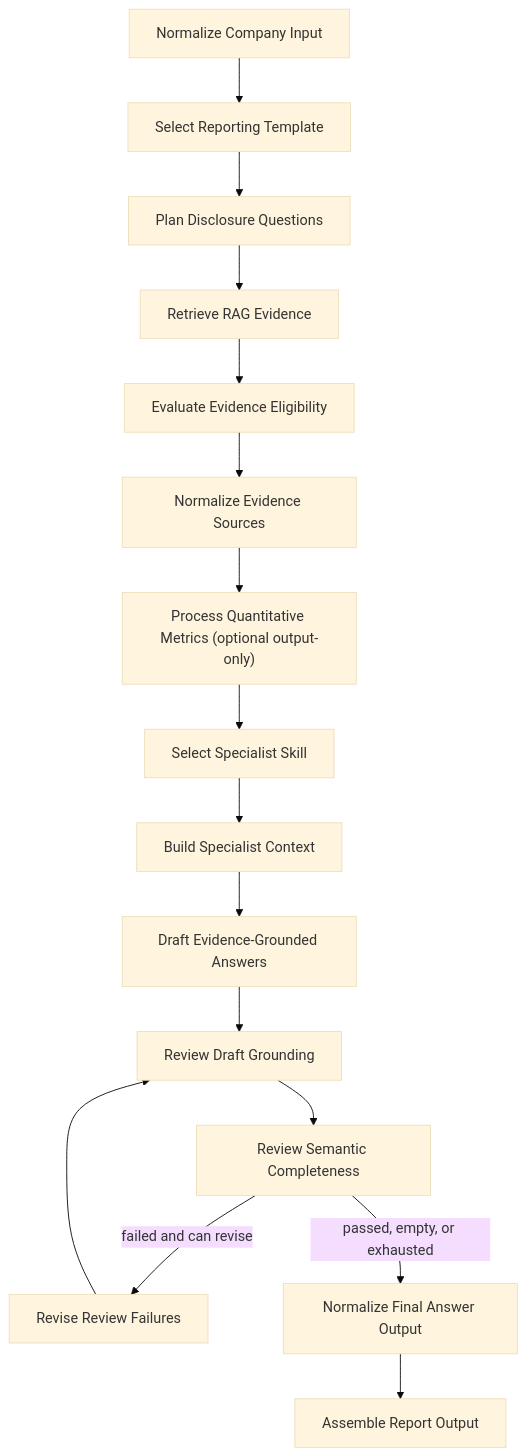
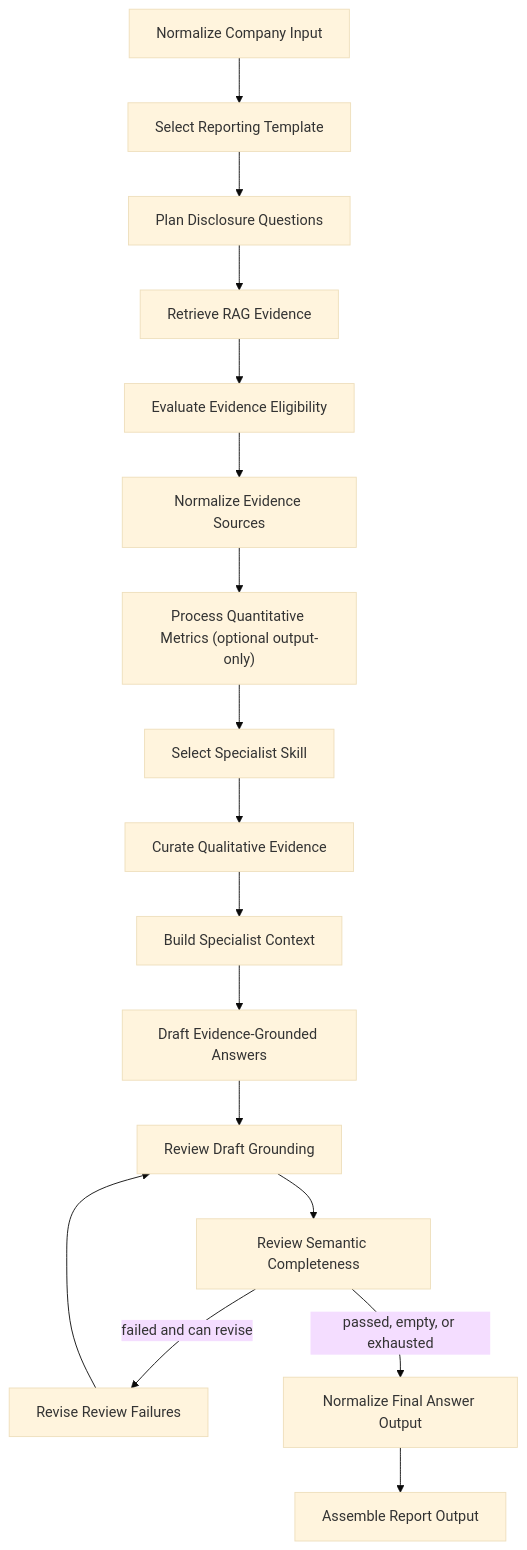
One commit to oahnart/esg-report-langgraph-v3 changed the diagram in README.md. Above: the diagram before and after it, drawn with Mermaid (base theme). The commit also changed other lines of this file and 37 other files, not shown here.

````diff
--- a/README.md
+++ b/README.md
@@ -518,18 +522,19 @@
 ```mermaid
 flowchart TD
   A["Normalize Company Input"] --> B["Select Reporting Template"]
   B --> C["Plan Disclosure Questions"]
   C --> D["Retrieve RAG Evidence"]
   D --> E["Evaluate Evidence Eligibility"]
   E --> F["Normalize Evidence Sources"]
   F --> Q["Process Quantitative Metrics (optional output-only)"]
   Q --> G["Select Specialist Skill"]
-  G --> H["Build Specialist Context"]
+  G --> C7["Curate Qualitative Evidence"]
+  C7 --> H["Build Specialist Context"]
   H --> I["Draft Evidence-Grounded Answers"]
   I --> J["Review Draft Grounding"]
   J --> S["Review Semantic Completeness"]
   S -->|failed and can revise| K["Revise Review Failures"]
   K --> J
   S -->|passed, empty, or exhausted| N["Normalize Final Answer Output"]
   N --> L["Assemble Report Output"]
 ```
````
